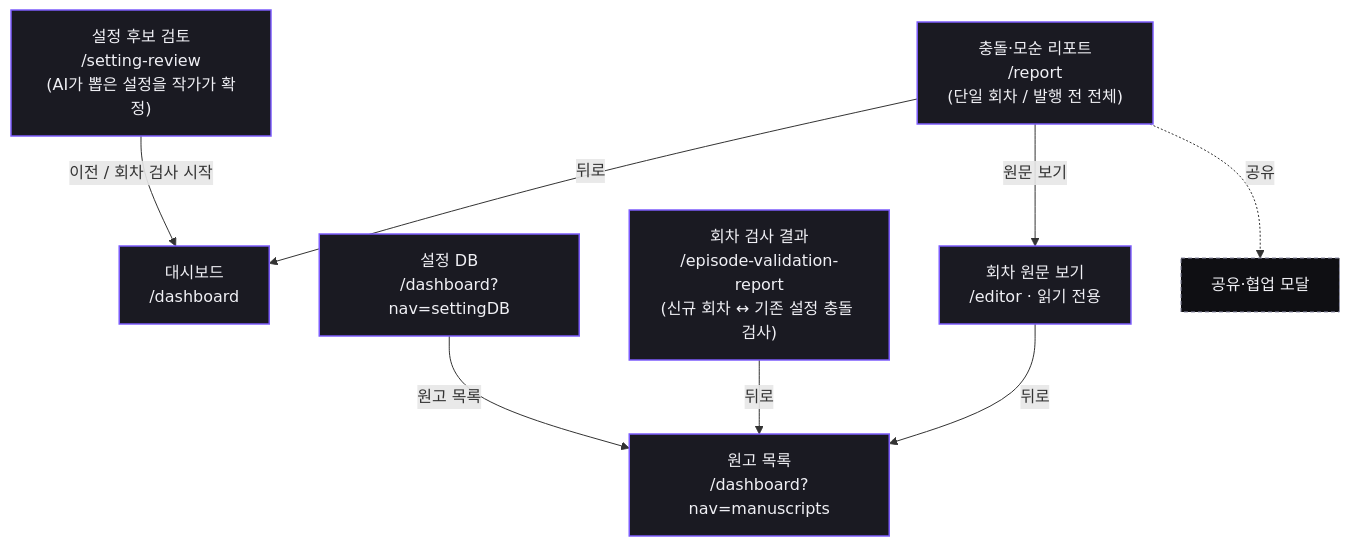
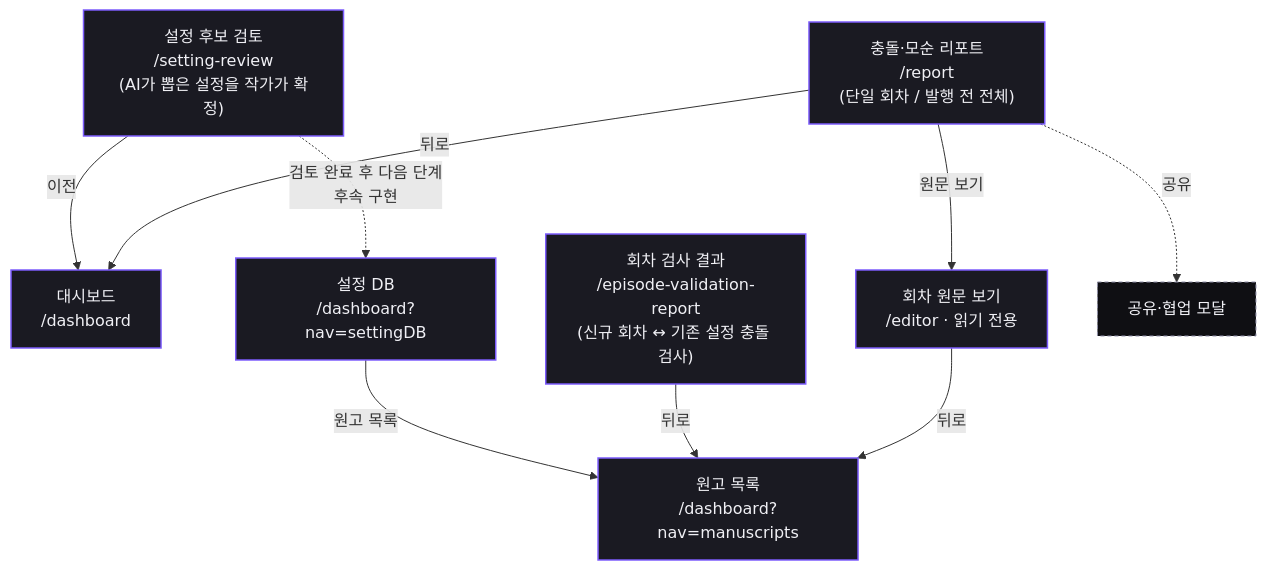
One commit to catchhole-soma/catchhole-front changed the seventh of 7 diagrams in docs/screen-flow.md. Above: the diagram before and after it, drawn with Mermaid. The commit also changed other lines of this file and 14 other files, not shown here.

First line of the commit message:
feat(setting-review): 업로드 묶음 후보 조회를 연결한다

````diff
--- a/docs/screen-flow.md
+++ b/docs/screen-flow.md
@@ -360,20 +361,21 @@
 ```mermaid
 flowchart TD
   review["설정 후보 검토<br/>/setting-review<br/>(AI가 뽑은 설정을 작가가 확정)"]:::private
-  review -- "이전 / 회차 검사 시작" --> dashboard["대시보드<br/>/dashboard"]:::private
+  review -- "이전" --> dashboard["대시보드<br/>/dashboard"]:::private
 
   settingDB["설정 DB<br/>/dashboard?nav=settingDB"]:::private
+  review -. "검토 완료 후 다음 단계<br/>후속 구현" .-> settingDB
   settingDB -- "원고 목록" --> manuscripts["원고 목록<br/>/dashboard?nav=manuscripts"]:::private
 
   valreport["회차 검사 결과<br/>/episode-validation-report<br/>(신규 회차 ↔ 기존 설정 충돌 검사)"]:::private
   valreport -- "뒤로" --> manuscripts
 
   report["충돌·모순 리포트<br/>/report<br/>(단일 회차 / 발행 전 전체)"]:::private
   report -- "원문 보기" --> source["회차 원문 보기<br/>/editor · 읽기 전용"]:::private
   source -- "뒤로" --> manuscripts
   report -- "뒤로" --> dashboard
   report -. "공유" .-> share["공유·협업 모달"]:::modal
 
   classDef private fill:#1A1A22,stroke:#7C5CFC,stroke-width:1.5px,color:#F0F0F5;
   classDef modal fill:#0F0F13,stroke:#9090A8,stroke-dasharray:4 3,color:#F0F0F5;
 ```
````
